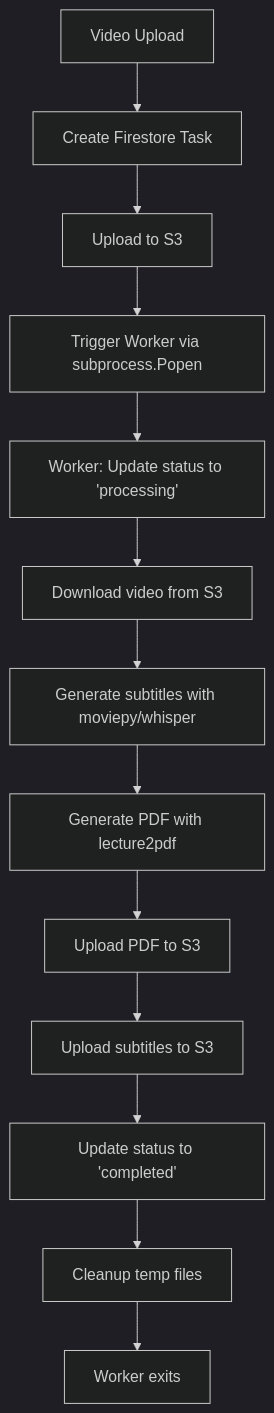
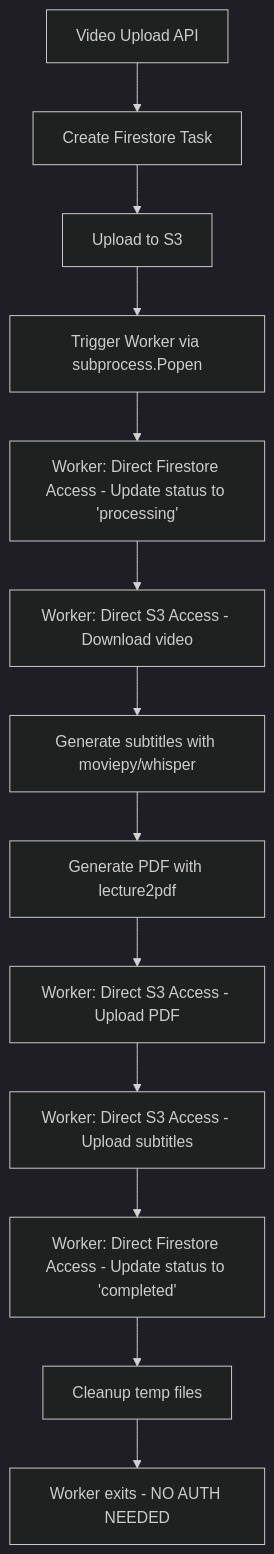
Before and after one commit to olivium-dev/thakii-backend-api: the diagram in WORKER_SYSTEM_README.md, drawn with Mermaid (dark theme). The commit also changed other lines of this file, not shown here.

Commit message:
docs: clarify worker has NO authentication by design
- Worker operates as internal service with direct Firestore/S3 access
- No HTTP API calls, no tokens needed
- Inherits backend's service account permissions
- Updated architecture diagram to show direct access pattern
- Removed authentication as a 'potential issue' - it's working as designed

````diff
--- a/WORKER_SYSTEM_README.md
+++ b/WORKER_SYSTEM_README.md
@@ -192,15 +194,15 @@
 ```mermaid
 graph TD
-    A[Video Upload] --> B[Create Firestore Task]
+    A[Video Upload API] --> B[Create Firestore Task]
     B --> C[Upload to S3]
     C --> D[Trigger Worker via subprocess.Popen]
-    D --> E[Worker: Update status to 'processing']
-    E --> F[Download video from S3]
+    D --> E[Worker: Direct Firestore Access - Update status to 'processing']
+    E --> F[Worker: Direct S3 Access - Download video]
     F --> G[Generate subtitles with moviepy/whisper]
     G --> H[Generate PDF with lecture2pdf]
-    H --> I[Upload PDF to S3]
-    I --> J[Upload subtitles to S3]
-    J --> K[Update status to 'completed']
+    H --> I[Worker: Direct S3 Access - Upload PDF]
+    I --> J[Worker: Direct S3 Access - Upload subtitles]
+    J --> K[Worker: Direct Firestore Access - Update status to 'completed']
     K --> L[Cleanup temp files]
-    L --> M[Worker exits]
+    L --> M[Worker exits - NO AUTH NEEDED]
 ```
````
